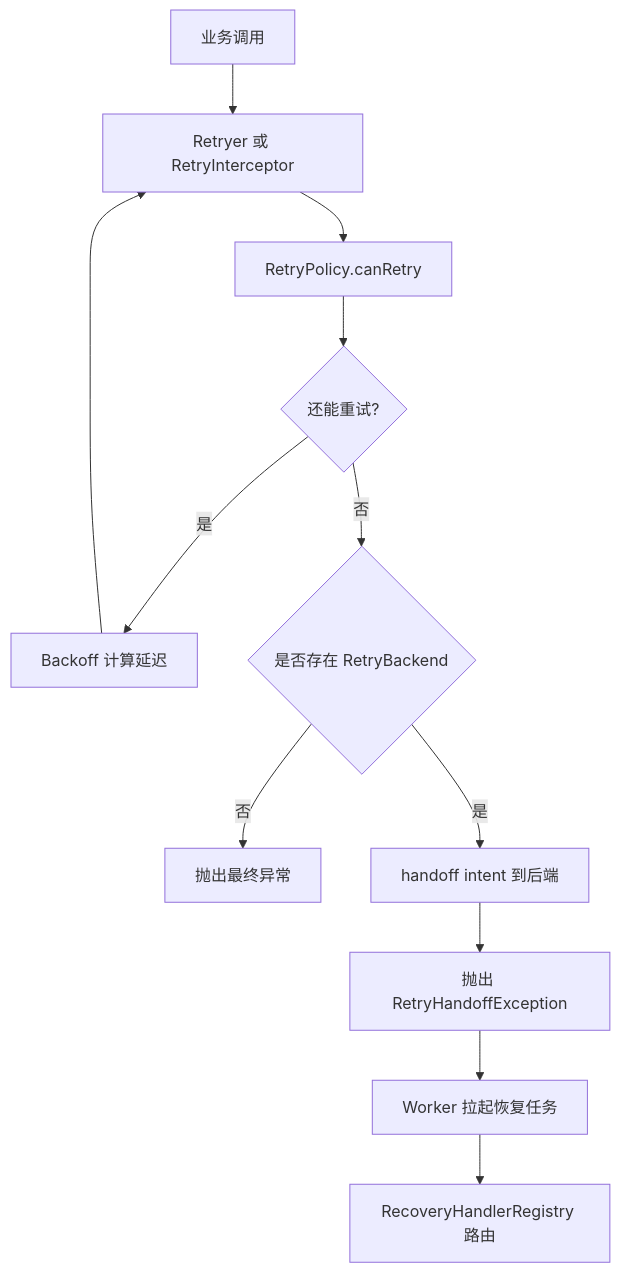
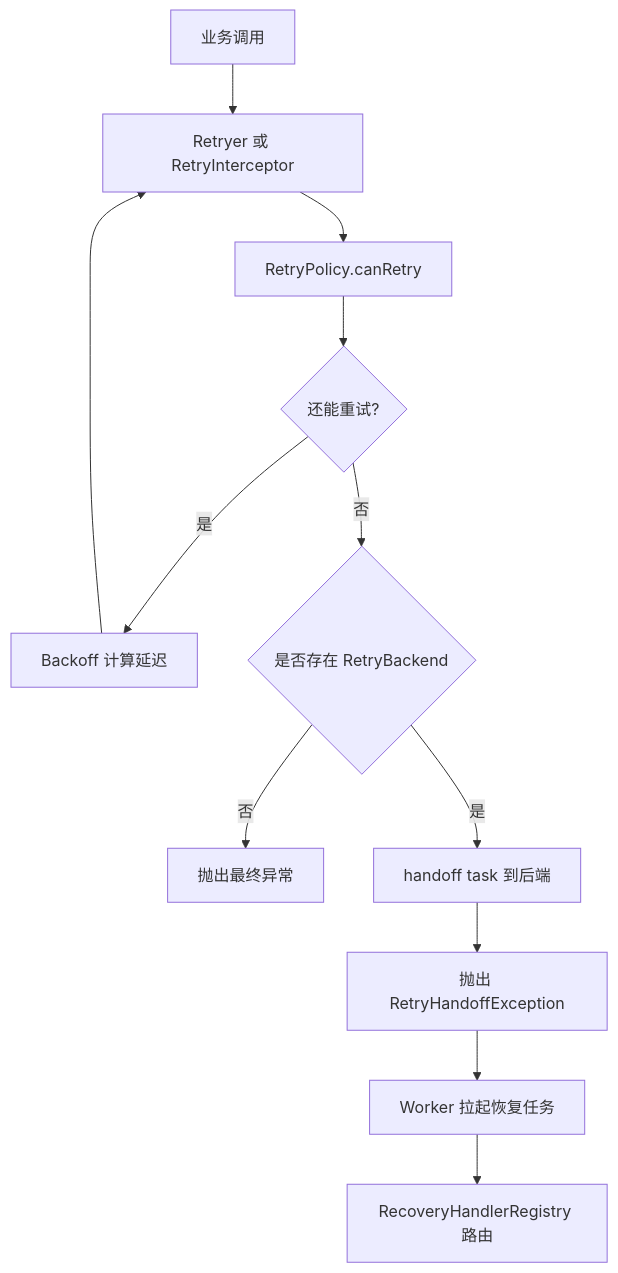
Before and after one commit to team4u/team4u-framework: the diagram in team4u-retry/README.md, drawn with Mermaid. The commit also changed other lines of this file and 96 other files, not shown here.

````diff
--- a/team4u-retry/README.md
+++ b/team4u-retry/README.md
@@ -979,14 +1026,14 @@
 ```mermaid
 graph TD
     A[业务调用] --> B[Retryer 或 RetryInterceptor]
     B --> C[RetryPolicy.canRetry]
     C --> D{还能重试?}
     D -->|是| E[Backoff 计算延迟]
     E --> B
     D -->|否| F{是否存在 RetryBackend}
     F -->|否| G[抛出最终异常]
-    F -->|是| H[handoff intent 到后端]
+    F -->|是| H[handoff task 到后端]
     H --> I[抛出 RetryHandoffException]
     I --> J[Worker 拉起恢复任务]
     J --> K[RecoveryHandlerRegistry 路由]
 ```
````
